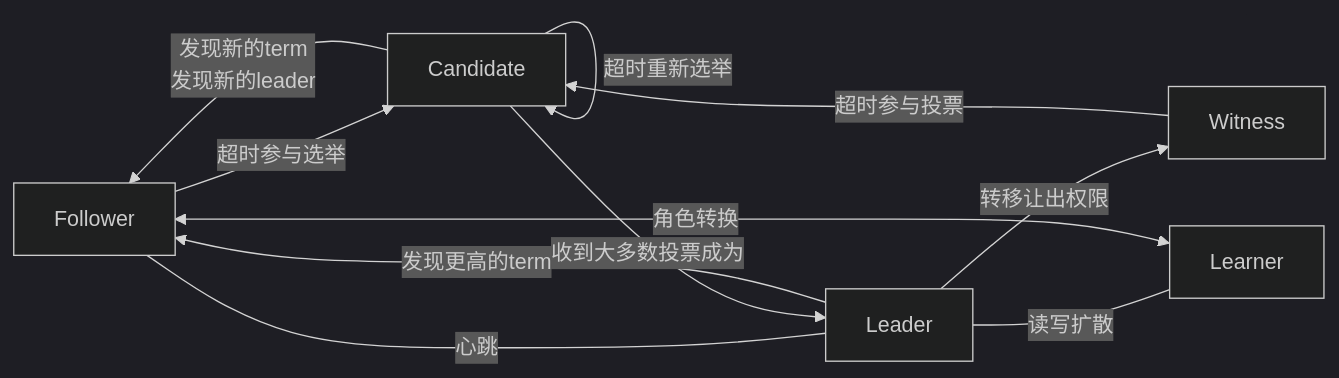
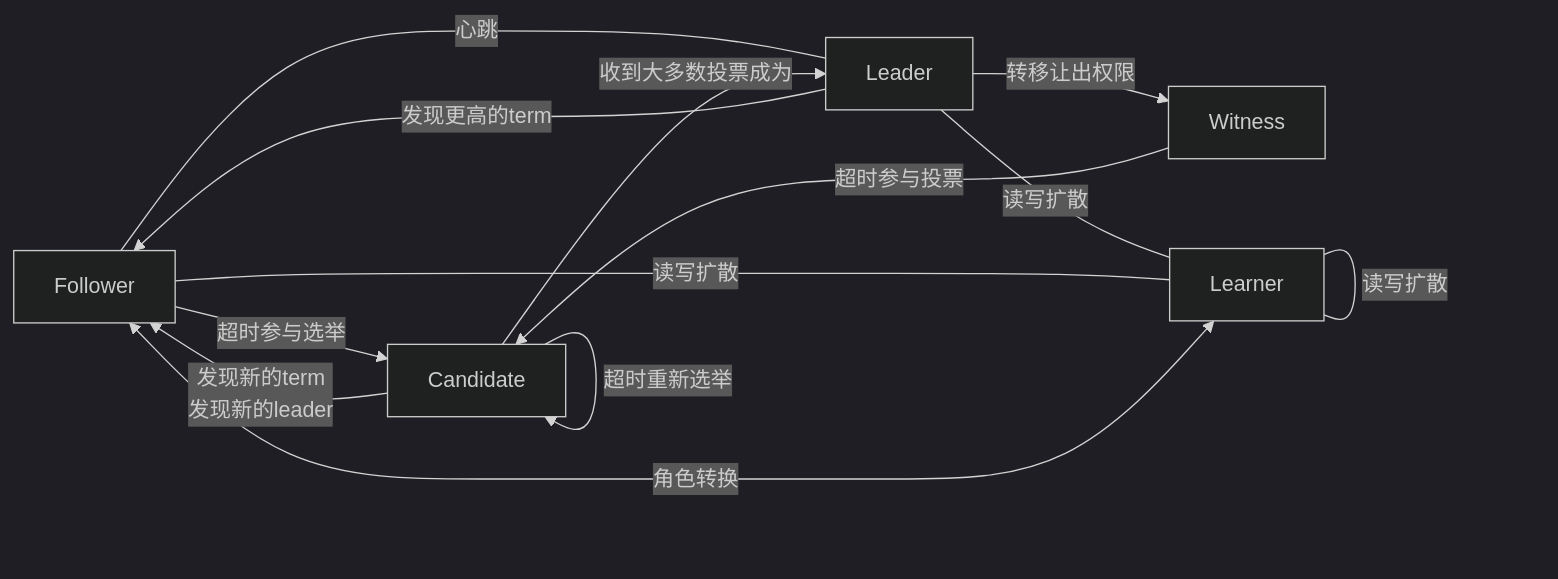
One commit to wanghenshui/wanghenshui.github.io changed the diagram in _posts/mmd/raft-v1.mmd. Above: the diagram before and after it, drawn with Mermaid (dark theme). The commit also changed 4 other files, not shown here.

```diff
--- a/_posts/mmd/raft-v1.mmd
+++ b/_posts/mmd/raft-v1.mmd
@@ -1,11 +1,13 @@
 flowchart LR
     Follower -->|超时参与选举| Candidate
     Witness -->|超时参与投票| Candidate
     Follower  --- |心跳|Leader
     Leader --> |转移让出权限|Witness
     Candidate --> |超时重新选举| Candidate
     Candidate --> |收到大多数投票成为|Leader
     Leader --> |发现更高的term|Follower
     Candidate --> |发现新的term<br>发现新的leader|Follower
     Leader --- |读写扩散|Learner
+    Follower --- |读写扩散|Learner
+    Learner --- |读写扩散|Learner
     Learner <--> |角色转换|Follower
```
